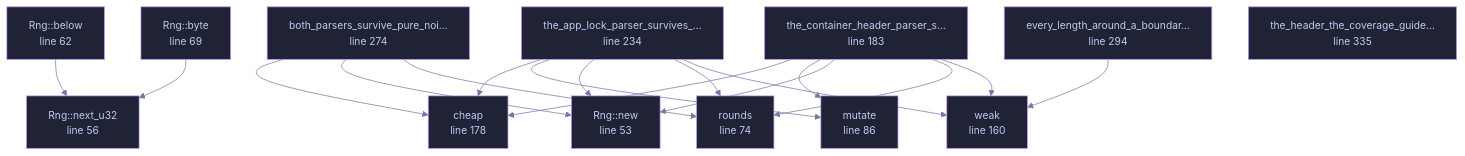
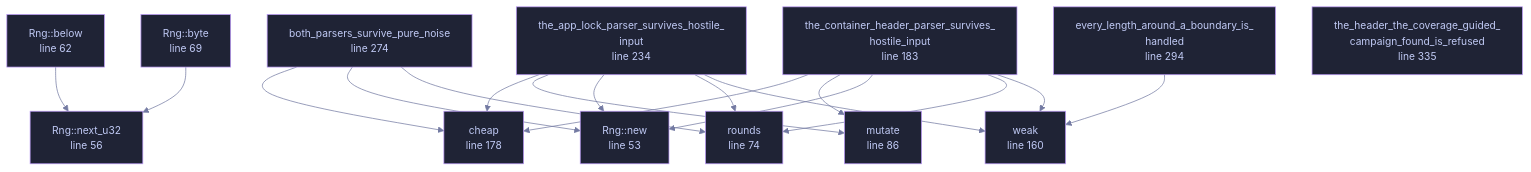
The diagram in docs/files/veilvoice-crypto/tests-parser_fuzz.md (tilas01/veilvoice), drawn with Mermaid before and after one commit. The commit also changed 348 other files, not shown here.

````diff
--- a/docs/files/veilvoice-crypto/tests-parser_fuzz.md
+++ b/docs/files/veilvoice-crypto/tests-parser_fuzz.md
@@ -94,48 +94,48 @@
 ```mermaid
 %%{init: {"theme":"base","themeVariables":{"background":"#1a1b26","primaryColor":"#1f2335","primaryTextColor":"#c0caf5","primaryBorderColor":"#7aa2f7","secondaryColor":"#16161e","tertiaryColor":"#16161e","lineColor":"#737aa2","textColor":"#c0caf5","mainBkg":"#1f2335","nodeBorder":"#7aa2f7","clusterBkg":"#16161e","clusterBorder":"#2f3549","fontFamily":"ui-monospace, SFMono-Regular, Consolas, monospace","fontSize":"14px"}}}%%
 flowchart TD
     n_new["Rng::new<br/>line 53"]
     n_next_u32["Rng::next_u32<br/>line 56"]
     n_below["Rng::below<br/>line 62"]
     n_byte["Rng::byte<br/>line 69"]
     n_rounds["rounds<br/>line 74"]
     n_mutate["mutate<br/>line 86"]
     n_weak["weak<br/>line 160"]
     n_cheap["cheap<br/>line 178"]
-    n_the_container_header_parser_survives_hostile_input["the_container_header_parser_s…<br/>line 183"]
-    n_the_app_lock_parser_survives_hostile_input["the_app_lock_parser_survives_…<br/>line 234"]
-    n_both_parsers_survive_pure_noise["both_parsers_survive_pure_noi…<br/>line 274"]
-    n_every_length_around_a_boundary_is_handled["every_length_around_a_boundar…<br/>line 294"]
-    n_the_header_the_coverage_guided_campaign_found_is_refused["the_header_the_coverage_guide…<br/>line 335"]
+    n_the_container_header_parser_survives_hostile_input["the_container_header_parser_survives_<br/>hostile_input<br/>line 183"]
+    n_the_app_lock_parser_survives_hostile_input["the_app_lock_parser_survives_hostile_<br/>input<br/>line 234"]
+    n_both_parsers_survive_pure_noise["both_parsers_survive_pure_noise<br/>line 274"]
+    n_every_length_around_a_boundary_is_handled["every_length_around_a_boundary_is_<br/>handled<br/>line 294"]
+    n_the_header_the_coverage_guided_campaign_found_is_refused["the_header_the_coverage_guided_<br/>campaign_found_is_refused<br/>line 335"]
     n_below --> n_next_u32
     n_both_parsers_survive_pure_noise --> n_cheap
     n_both_parsers_survive_pure_noise --> n_new
     n_both_parsers_survive_pure_noise --> n_rounds
     n_byte --> n_next_u32
     n_every_length_around_a_boundary_is_handled --> n_weak
     n_the_app_lock_parser_survives_hostile_input --> n_cheap
     n_the_app_lock_parser_survives_hostile_input --> n_mutate
     n_the_app_lock_parser_survives_hostile_input --> n_new
     n_the_app_lock_parser_survives_hostile_input --> n_rounds
     n_the_app_lock_parser_survives_hostile_input --> n_weak
     n_the_container_header_parser_survives_hostile_input --> n_cheap
     n_the_container_header_parser_survives_hostile_input --> n_mutate
     n_the_container_header_parser_survives_hostile_input --> n_new
     n_the_container_header_parser_survives_hostile_input --> n_rounds
     n_the_container_header_parser_survives_hostile_input --> n_weak
     click n_new href "https://github.com/tilas01/veilvoice/blob/main/crates/veilvoice-crypto/tests/parser_fuzz.rs#L53" "open the source"
     click n_next_u32 href "https://github.com/tilas01/veilvoice/blob/main/crates/veilvoice-crypto/tests/parser_fuzz.rs#L56" "open the source"
     click n_below href "https://github.com/tilas01/veilvoice/blob/main/crates/veilvoice-crypto/tests/parser_fuzz.rs#L62" "open the source"
     click n_byte href "https://github.com/tilas01/veilvoice/blob/main/crates/veilvoice-crypto/tests/parser_fuzz.rs#L69" "open the source"
     click n_rounds href "https://github.com/tilas01/veilvoice/blob/main/crates/veilvoice-crypto/tests/parser_fuzz.rs#L74" "open the source"
     click n_mutate href "https://github.com/tilas01/veilvoice/blob/main/crates/veilvoice-crypto/tests/parser_fuzz.rs#L86" "open the source"
     click n_weak href "https://github.com/tilas01/veilvoice/blob/main/crates/veilvoice-crypto/tests/parser_fuzz.rs#L160" "open the source"
     click n_cheap href "https://github.com/tilas01/veilvoice/blob/main/crates/veilvoice-crypto/tests/parser_fuzz.rs#L178" "open the source"
     click n_the_container_header_parser_survives_hostile_input href "https://github.com/tilas01/veilvoice/blob/main/crates/veilvoice-crypto/tests/parser_fuzz.rs#L183" "open the source"
     click n_the_app_lock_parser_survives_hostile_input href "https://github.com/tilas01/veilvoice/blob/main/crates/veilvoice-crypto/tests/parser_fuzz.rs#L234" "open the source"
     click n_both_parsers_survive_pure_noise href "https://github.com/tilas01/veilvoice/blob/main/crates/veilvoice-crypto/tests/parser_fuzz.rs#L274" "open the source"
     click n_every_length_around_a_boundary_is_handled href "https://github.com/tilas01/veilvoice/blob/main/crates/veilvoice-crypto/tests/parser_fuzz.rs#L294" "open the source"
     click n_the_header_the_coverage_guided_campaign_found_is_refused href "https://github.com/tilas01/veilvoice/blob/main/crates/veilvoice-crypto/tests/parser_fuzz.rs#L335" "open the source"
     classDef helper fill:#1f2335,stroke:#bb9af7,color:#c0caf5
     class n_new,n_next_u32,n_below,n_byte,n_rounds,n_mutate,n_weak,n_cheap,n_the_container_header_parser_survives_hostile_input,n_the_app_lock_parser_survives_hostile_input,n_both_parsers_survive_pure_noise,n_every_length_around_a_boundary_is_handled,n_the_header_the_coverage_guided_campaign_found_is_refused helper
 ```
````
